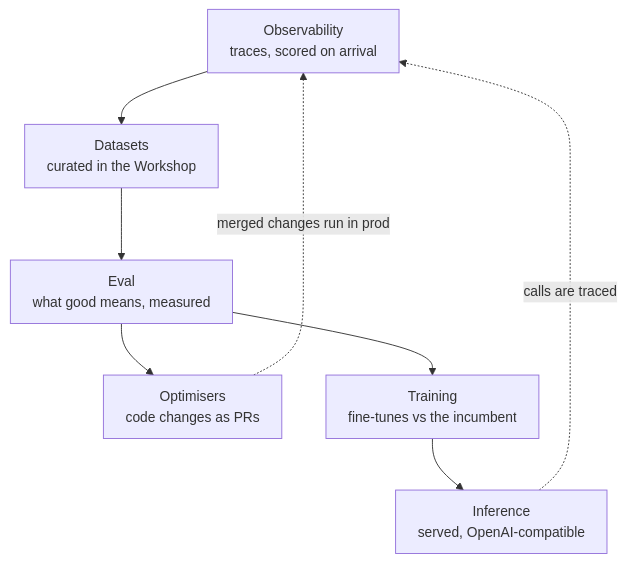
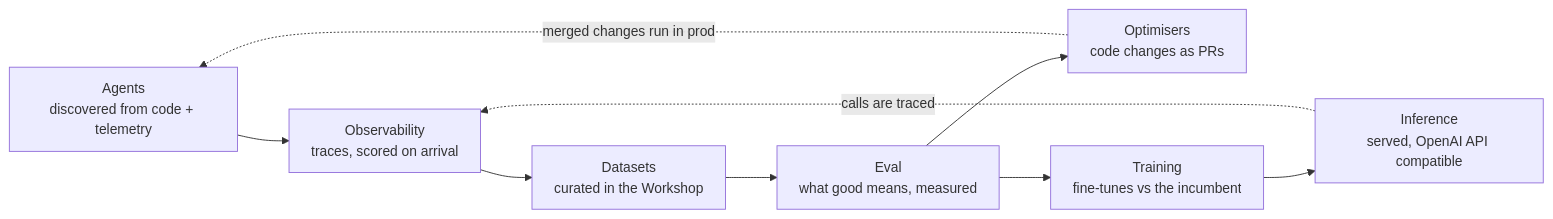
One commit to overmind-core/docs changed the diagram in index.mdx. Above: the diagram before and after it, drawn with Mermaid. The commit also changed 4 other files, not shown here.

````diff
--- a/index.mdx
+++ b/index.mdx
@@ -11,11 +11,12 @@
 ```mermaid
 %%{init: {"flowchart": {"nodeSpacing": 48, "rankSpacing": 56, "padding": 12, "curve": "basis"}, "themeVariables": {"fontSize": "15px", "fontFamily": "PP Neue Montreal, system-ui, sans-serif"}}}%%
-flowchart TB
-    O["Observability<br/>traces, scored on arrival"] --> D["Datasets<br/>curated in the Workshop"]
+flowchart LR
+    A["Agents<br/>discovered from code + telemetry"] --> O["Observability<br/>traces, scored on arrival"]
+    O --> D["Datasets<br/>curated in the Workshop"]
     D --> E["Eval<br/>what good means, measured"]
     E --> OP["Optimisers<br/>code changes as PRs"]
     E --> T["Training<br/>fine-tunes vs the incumbent"]
-    T --> I["Inference<br/>served, OpenAI-compatible"]
-    OP -. "merged changes run in prod" .-> O
+    T --> I["Inference<br/>served, OpenAI API compatible"]
+    OP -. "merged changes run in prod" .-> A
     I -. "calls are traced" .-> O
 ```
````
